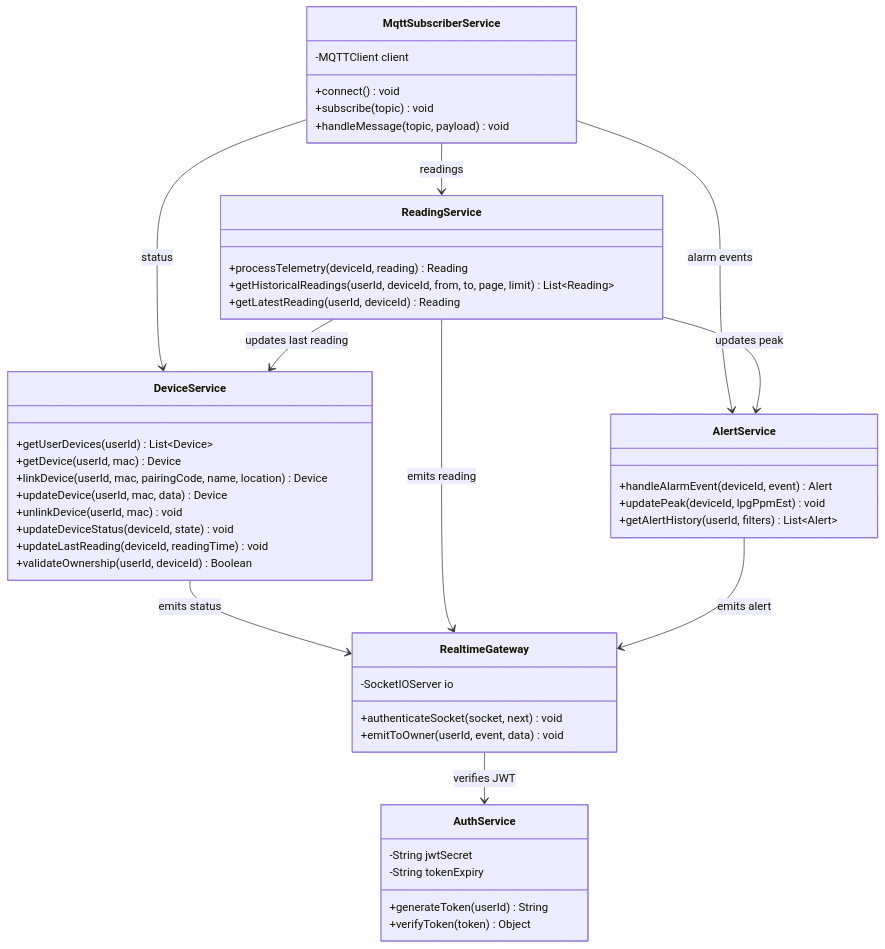
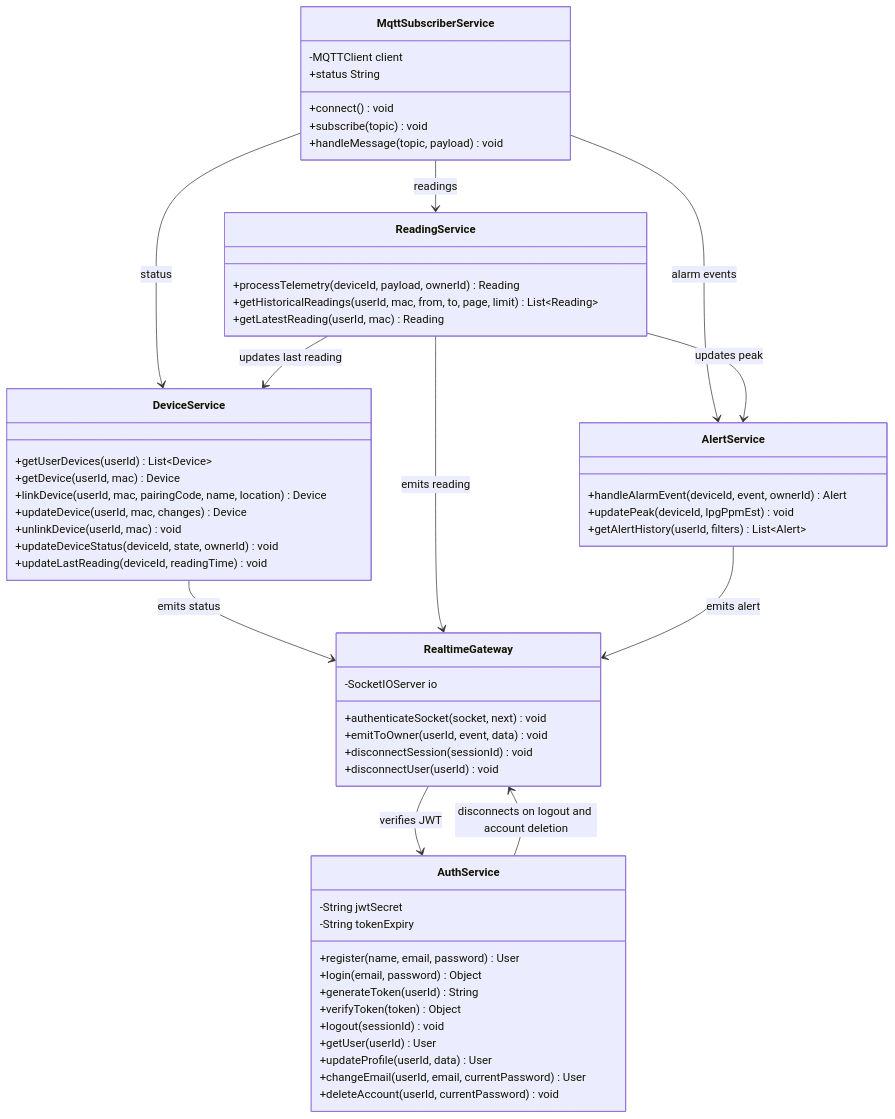
One commit to abdularhman2341/air-quality-monitoring-system changed the second of 3 diagrams in docs/stage-3-report.md. Above: the diagram before and after it, drawn with Mermaid. The commit also changed other lines of this file and 8 other files, not shown here.

````diff
--- a/docs/stage-3-report.md
+++ b/docs/stage-3-report.md
@@ -265,57 +302,67 @@
 ```mermaid
 classDiagram
     direction TB
 
     class MqttSubscriberService {
         -MQTTClient client
         +connect() void
         +subscribe(topic) void
         +handleMessage(topic, payload) void
+        +status String
     }
 
     class DeviceService {
         +getUserDevices(userId) List~Device~
         +getDevice(userId, mac) Device
         +linkDevice(userId, mac, pairingCode, name, location) Device
-        +updateDevice(userId, mac, data) Device
+        +updateDevice(userId, mac, changes) Device
         +unlinkDevice(userId, mac) void
-        +updateDeviceStatus(deviceId, state) void
+        +updateDeviceStatus(deviceId, state, ownerId) void
         +updateLastReading(deviceId, readingTime) void
-        +validateOwnership(userId, deviceId) Boolean
     }
 
     class ReadingService {
-        +processTelemetry(deviceId, reading) Reading
-        +getHistoricalReadings(userId, deviceId, from, to, page, limit) List~Reading~
-        +getLatestReading(userId, deviceId) Reading
+        +processTelemetry(deviceId, payload, ownerId) Reading
+        +getHistoricalReadings(userId, mac, from, to, page, limit) List~Reading~
+        +getLatestReading(userId, mac) Reading
     }
 
     class AlertService {
-        +handleAlarmEvent(deviceId, event) Alert
+        +handleAlarmEvent(deviceId, event, ownerId) Alert
         +updatePeak(deviceId, lpgPpmEst) void
         +getAlertHistory(userId, filters) List~Alert~
     }
 
     class AuthService {
         -String jwtSecret
         -String tokenExpiry
+        +register(name, email, password) User
+        +login(email, password) Object
         +generateToken(userId) String
         +verifyToken(token) Object
+        +logout(sessionId) void
+        +getUser(userId) User
+        +updateProfile(userId, data) User
+        +changeEmail(userId, email, currentPassword) User
+        +deleteAccount(userId, currentPassword) void
     }
 
     class RealtimeGateway {
         -SocketIOServer io
         +authenticateSocket(socket, next) void
         +emitToOwner(userId, event, data) void
+        +disconnectSession(sessionId) void
+        +disconnectUser(userId) void
     }
 
     MqttSubscriberService --> ReadingService : readings
     MqttSubscriberService --> AlertService : alarm events
     MqttSubscriberService --> DeviceService : status
     ReadingService --> DeviceService : updates last reading
     ReadingService --> AlertService : updates peak
     DeviceService --> RealtimeGateway : emits status
     ReadingService --> RealtimeGateway : emits reading
     AlertService --> RealtimeGateway : emits alert
+    AuthService --> RealtimeGateway : disconnects on logout and account deletion
     RealtimeGateway --> AuthService : verifies JWT
 ```
````
